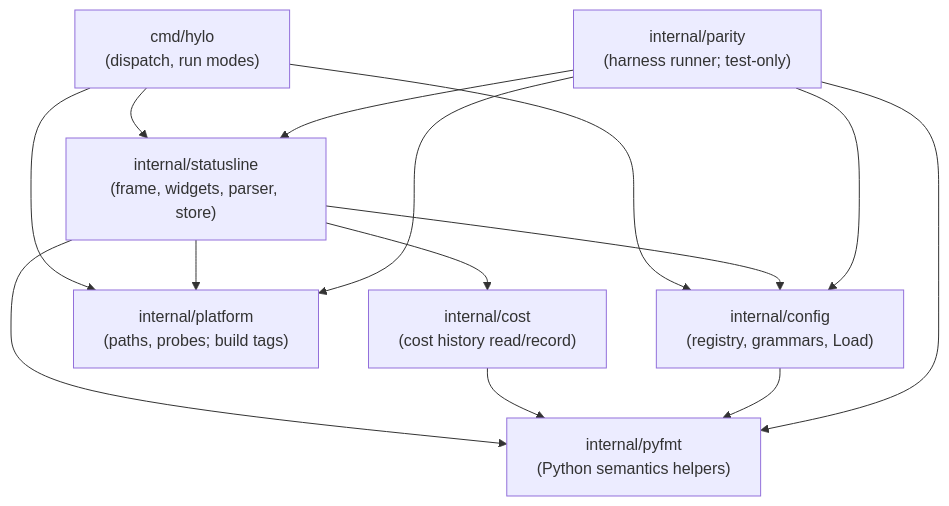
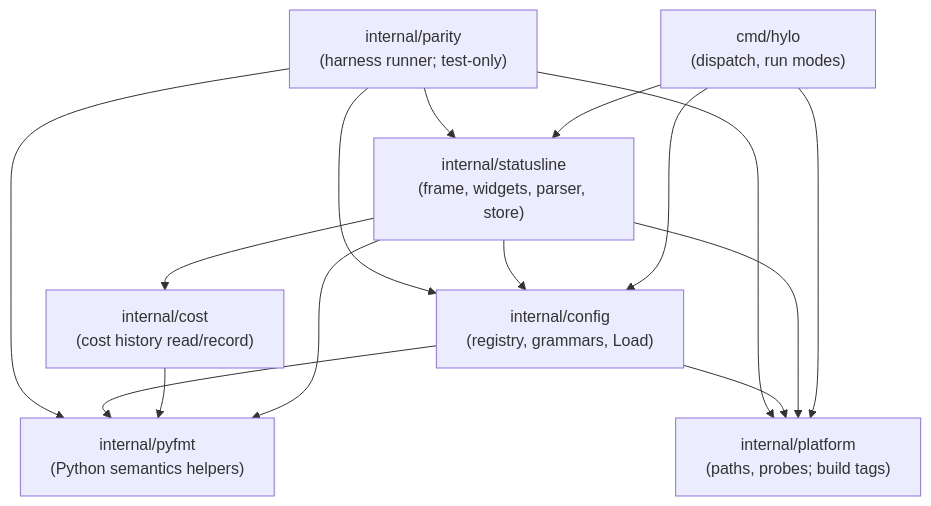
Before and after one commit to drbothen/hylo: the diagram in specs/architecture/ARCH-00-overview.md, drawn with Mermaid. The commit also changed other lines of this file and 185 other files, not shown here.

````diff
--- a/specs/architecture/ARCH-00-overview.md
+++ b/specs/architecture/ARCH-00-overview.md
@@ -46,17 +46,19 @@
 ```mermaid
 graph TD
     cmd["cmd/hylo<br/>(dispatch, run modes)"] --> sl["internal/statusline<br/>(frame, widgets, parser, store)"]
     cmd --> cfg["internal/config<br/>(registry, grammars, Load)"]
     cmd --> plat["internal/platform<br/>(paths, probes; build tags)"]
     sl --> cost["internal/cost<br/>(cost history read/record)"]
     sl --> cfg
     sl --> plat
+    cfg --> plat
+
     par["internal/parity<br/>(harness runner; test-only)"] --> sl
     par --> cfg
     par --> plat
     py["internal/pyfmt<br/>(Python semantics helpers)"]
     sl --> py
     cost --> py
     cfg --> py
     par --> py
 ```
````
